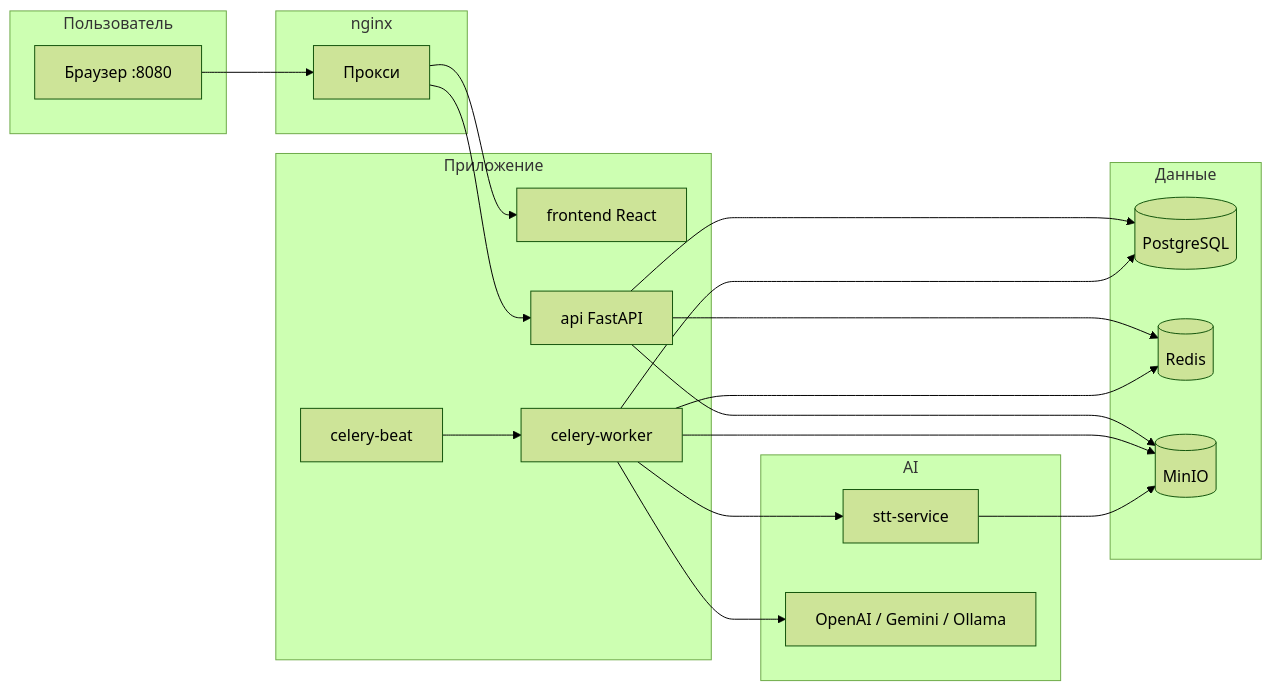
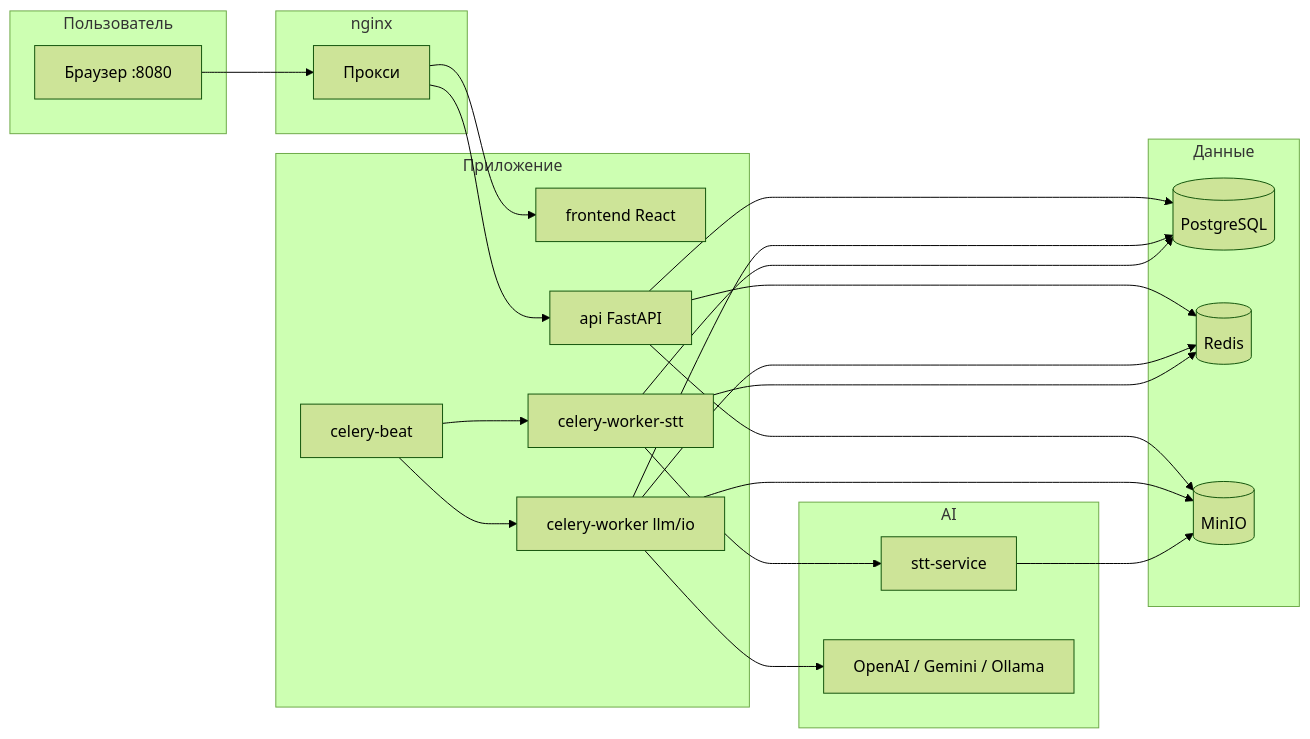
One commit to zislamkhojaev-dev/CCSA changed the diagram in docs/architecture.md. Above: the diagram before and after it, drawn with Mermaid (forest theme). The commit also changed other lines of this file and 41 other files, not shown here.

````diff
--- a/docs/architecture.md
+++ b/docs/architecture.md
@@ -5,37 +5,41 @@
 ```mermaid
 flowchart LR
   subgraph ui [Пользователь]
     Browser[Браузер :8080]
   end
   subgraph edge [nginx]
     Nginx[Прокси]
   end
   subgraph app [Приложение]
     FE[frontend React]
     API[api FastAPI]
-    Worker[celery-worker]
+    Worker[celery-worker llm/io]
+    SttW[celery-worker-stt]
     Beat[celery-beat]
   end
   subgraph data [Данные]
     PG[(PostgreSQL)]
     Redis[(Redis)]
     MinIO[(MinIO)]
   end
   subgraph ai [AI]
     STT[stt-service]
     LLM[OpenAI / Gemini / Ollama]
   end
   Browser --> Nginx
   Nginx --> FE
   Nginx --> API
   API --> PG
   API --> Redis
   API --> MinIO
   Worker --> PG
   Worker --> Redis
   Worker --> MinIO
-  Worker --> STT
   Worker --> LLM
+  SttW --> PG
+  SttW --> Redis
+  SttW --> STT
   Beat --> Worker
+  Beat --> SttW
   STT --> MinIO
 ```
````
